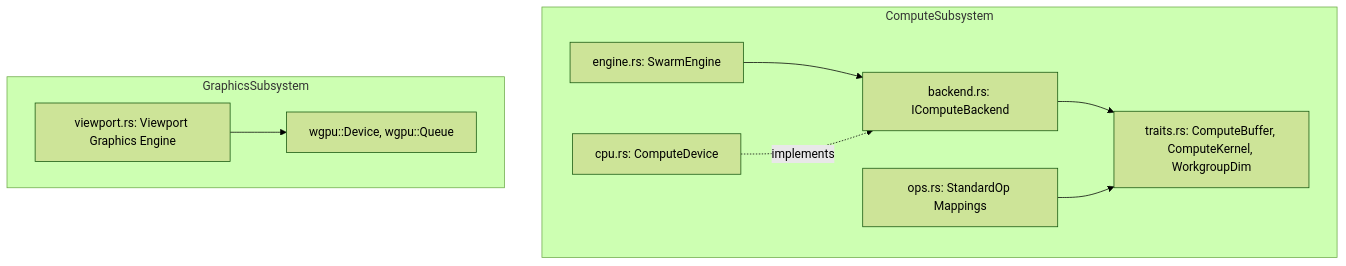
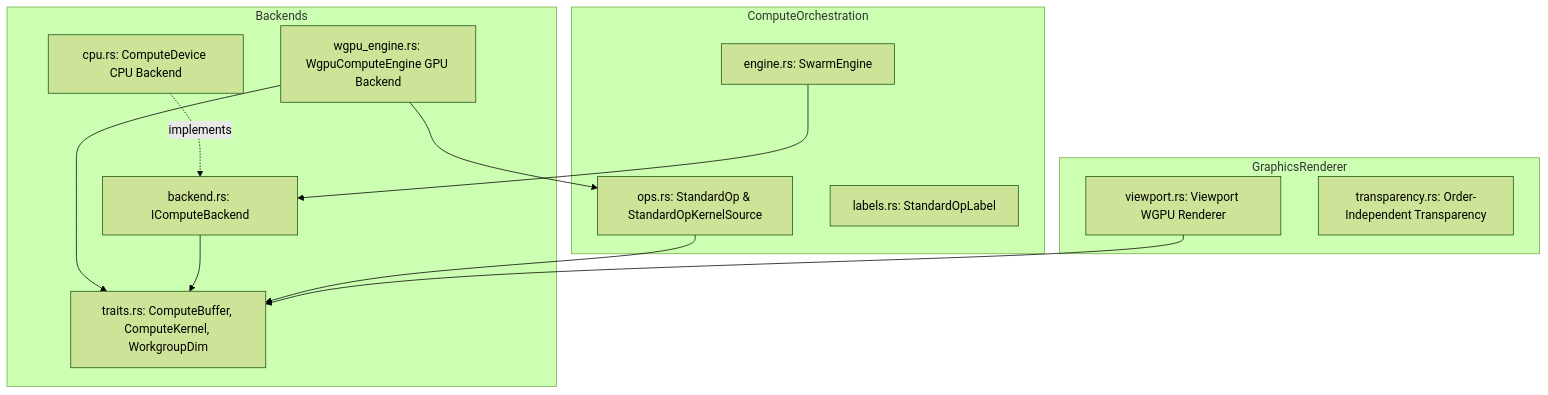
Before and after one commit to jswarup/Trellis: the diagram in wiki/modules/swarm.md, drawn with Mermaid (forest theme). The commit also changed other lines of this file and 16 other files, not shown here.

````diff
--- a/wiki/modules/swarm.md
+++ b/wiki/modules/swarm.md
@@ -24,20 +26,26 @@
 ```mermaid
 flowchart TD
-    subgraph ComputeSubsystem
+    subgraph ComputeOrchestration
         Engine[engine.rs: SwarmEngine]
+        Ops[ops.rs: StandardOp & StandardOpKernelSource]
+        Labels[labels.rs: StandardOpLabel]
+    end
+    subgraph Backends
         Backend[backend.rs: IComputeBackend]
-        CpuDevice[cpu.rs: ComputeDevice]
+        CpuDevice[cpu.rs: ComputeDevice CPU Backend]
+        WgpuEngine[wgpu_engine.rs: WgpuComputeEngine GPU Backend]
         Traits[traits.rs: ComputeBuffer, ComputeKernel, WorkgroupDim]
-        Ops[ops.rs: StandardOp Mappings]
     end
-    subgraph GraphicsSubsystem
-        Viewport[viewport.rs: Viewport Graphics Engine]
-        Wgpu[wgpu::Device, wgpu::Queue]
+    subgraph GraphicsRenderer
+        Viewport[viewport.rs: Viewport WGPU Renderer]
+        Transparency[transparency.rs: Order-Independent Transparency]
     end
 
     Engine --> Backend
     CpuDevice -.->|implements| Backend
+    WgpuEngine --> Ops
+    WgpuEngine --> Traits
     Backend --> Traits
     Ops --> Traits
-    Viewport --> Wgpu
+    Viewport --> Traits
 ```
````
